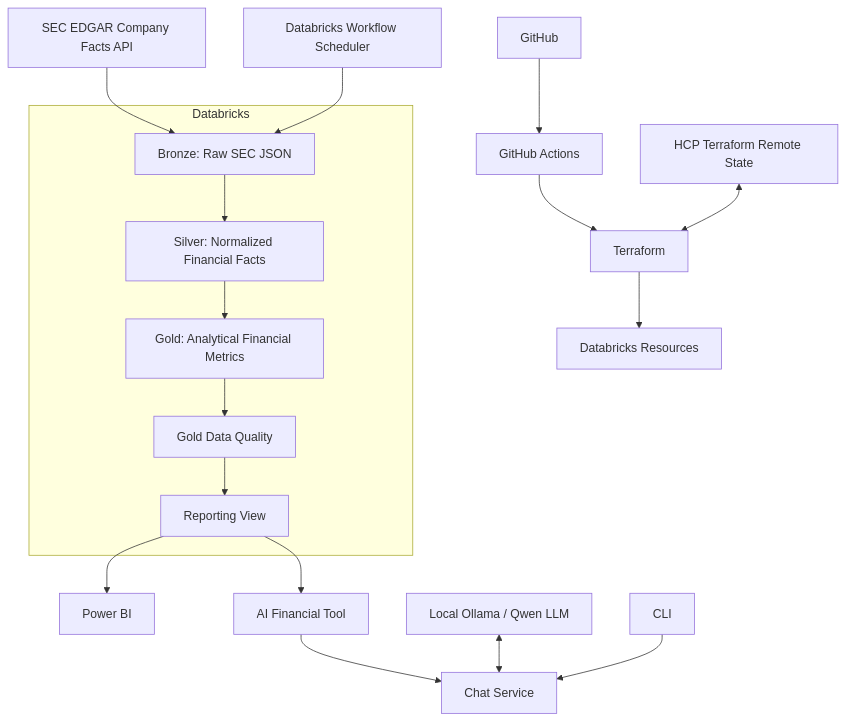
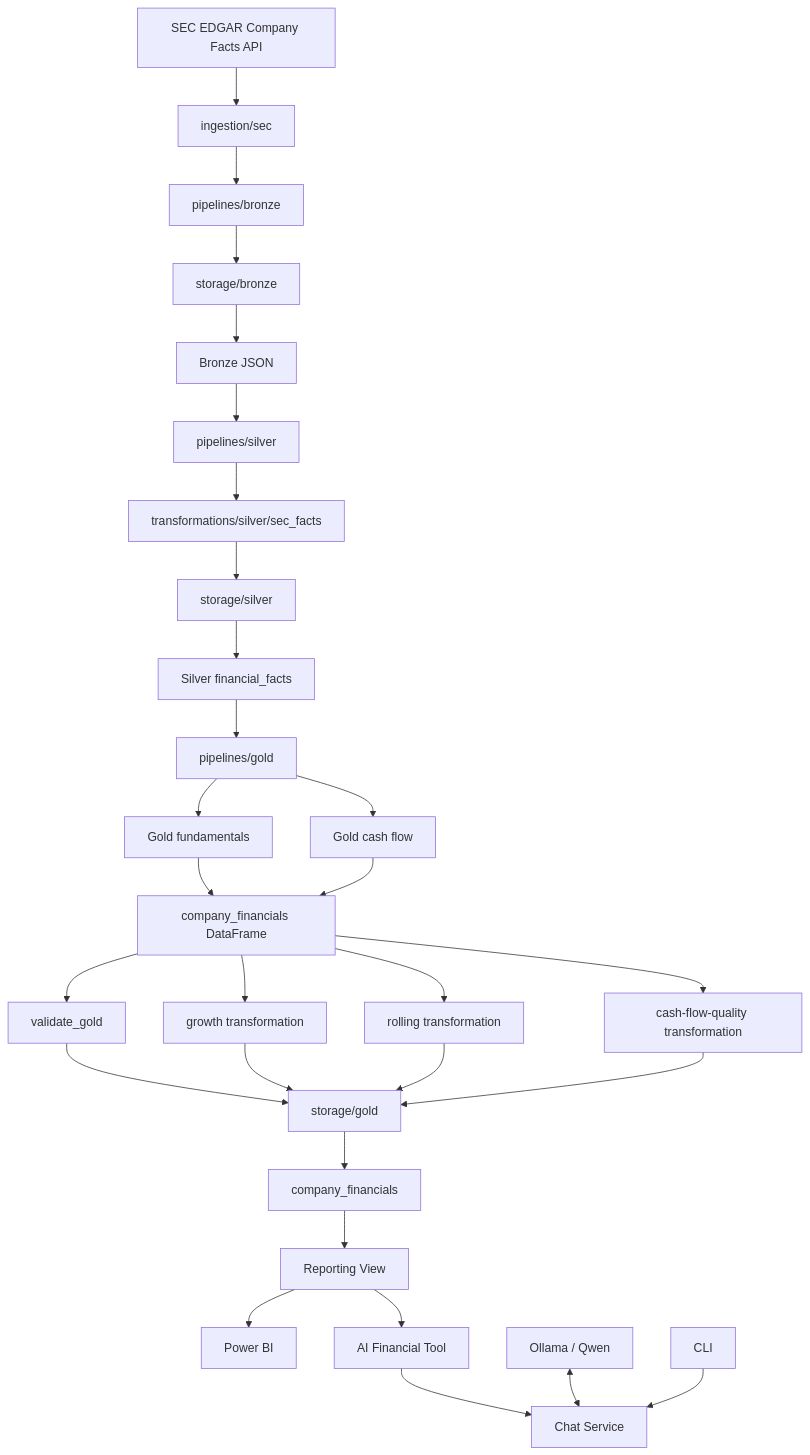
The diagram in docs/architecture.md (vahidsadat/alpha-lake), drawn with Mermaid before and after one commit. The commit also changed other lines of this file and 5 other files, not shown here.

Commit message:
modify ReadMe and architecture.md and Terraform

````diff
--- a/docs/architecture.md
+++ b/docs/architecture.md
@@ -7,27 +40,37 @@
 ```mermaid
 flowchart TD
-    SEC[SEC EDGAR Company Facts API] --> B[Bronze: Raw SEC JSON]
-    B --> S[Silver: Normalized Financial Facts]
-    S --> G[Gold: Analytical Financial Metrics]
-    G --> Q[Gold Data Quality]
-    Q --> V[Reporting View]
-    V --> PBI[Power BI]
-    V --> FT[AI Financial Tool]
-    FT --> CS[Chat Service]
-    LLM[Local Ollama / Qwen LLM] <--> CS
-    CLI[CLI] --> CS
+    SEC[SEC EDGAR Company Facts API] --> ING[ingestion/sec]
+    ING --> BP[pipelines/bronze]
+    BP --> BS[storage/bronze]
+    BS --> B[Bronze JSON]
 
-    subgraph Databricks
-        B
-        S
-        G
-        Q
-        V
-    end
+    B --> SP[pipelines/silver]
+    SP --> ST[transformations/silver/sec_facts]
+    ST --> SS[storage/silver]
+    SS --> S[Silver financial_facts]
 
-    GH[GitHub] --> GHA[GitHub Actions]
-    GHA --> TF[Terraform]
-    TF --> DBX[Databricks Resources]
-    HCP[HCP Terraform Remote State] <--> TF
-    SCH[Databricks Workflow Scheduler] --> B
+    S --> GP[pipelines/gold]
+    GP --> F[Gold fundamentals]
+    GP --> C[Gold cash flow]
+    F --> CORE[company_financials DataFrame]
+    C --> CORE
+
+    CORE --> DQ[validate_gold]
+    DQ --> GS[storage/gold]
+    GS --> CF[company_financials]
+
+    CORE --> GROW[growth transformation]
+    CORE --> ROLL[rolling transformation]
+    CORE --> QUAL[cash-flow-quality transformation]
+
+    GROW --> GS
+    ROLL --> GS
+    QUAL --> GS
+
+    CF --> VIEW[Reporting View]
+    VIEW --> PBI[Power BI]
+    VIEW --> AIT[AI Financial Tool]
+    AIT --> CHAT[Chat Service]
+    LLM[Ollama / Qwen] <--> CHAT
+    CLI[CLI] --> CHAT
 ```
````
